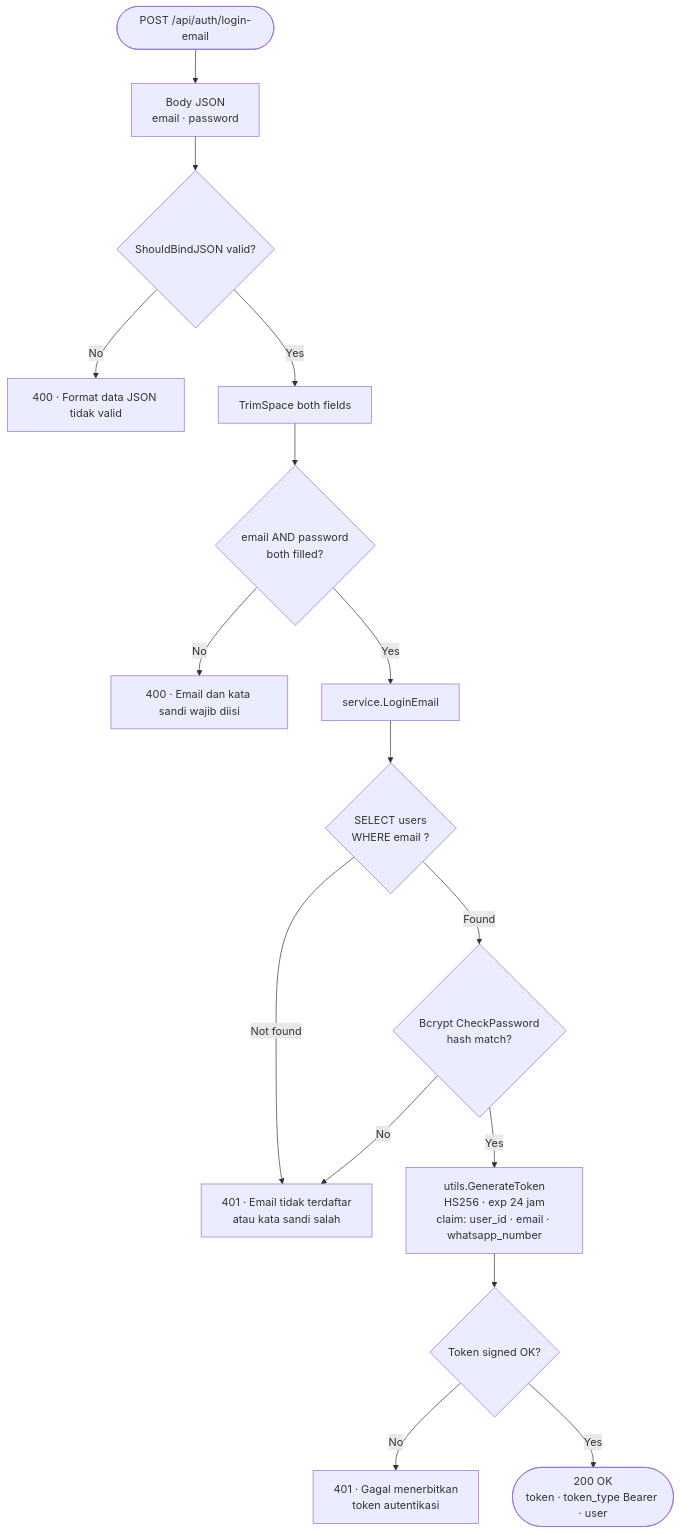
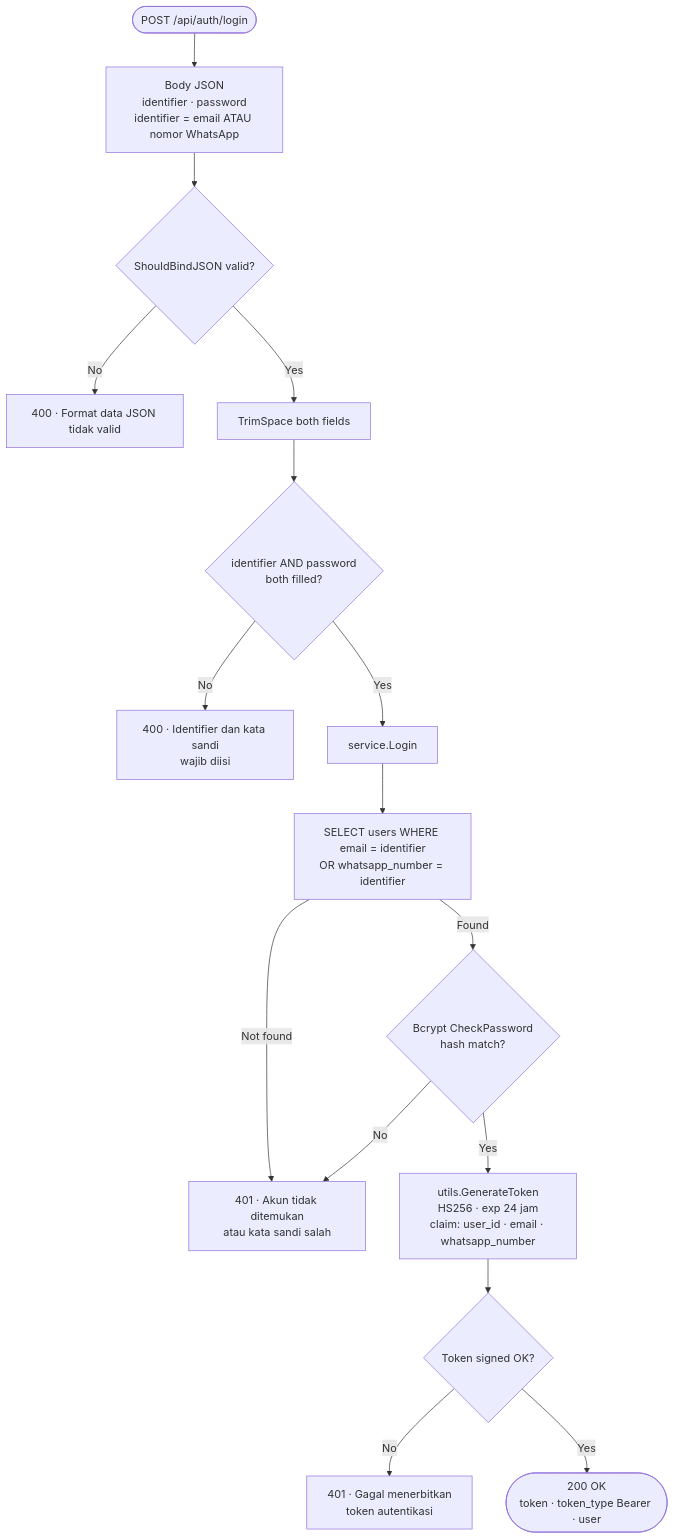
The third of 11 diagrams in README.md (sandro-rahadian/STRATEGART-TUGAS-UKL-1), drawn with Mermaid before and after one commit. The commit also changed other lines of this file and 7 other files, not shown here.

First line of the commit message:
feat(auth): merge email and WhatsApp login into a single endpoint

````diff
--- a/README.md
+++ b/README.md
@@ -188,19 +188,19 @@
 ```mermaid
 %%{init: {"theme":"default"}}%%
 flowchart TD
-    A(["POST /api/auth/login-email"]) --> B["Body JSON<br/>email · password"]
+    A(["POST /api/auth/login"]) --> B["Body JSON<br/>identifier · password<br/>identifier = email ATAU nomor WhatsApp"]
     B --> C{"ShouldBindJSON valid?"}
     C -->|No| E1["400 · Format data JSON tidak valid"]
     C -->|Yes| D["TrimSpace both fields"]
-    D --> E{"email AND password<br/>both filled?"}
-    E -->|No| E2["400 · Email dan kata sandi wajib diisi"]
-    E -->|Yes| F["service.LoginEmail"]
-    F --> G{"SELECT users<br/>WHERE email ?"}
-    G -->|Not found| E3["401 · Email tidak terdaftar<br/>atau kata sandi salah"]
+    D --> E{"identifier AND password<br/>both filled?"}
+    E -->|No| E2["400 · Identifier dan kata sandi<br/>wajib diisi"]
+    E -->|Yes| F["service.Login"]
+    F --> G["SELECT users WHERE email = identifier<br/>OR whatsapp_number = identifier"]
+    G -->|Not found| E3["401 · Akun tidak ditemukan<br/>atau kata sandi salah"]
     G -->|Found| H{"Bcrypt CheckPassword<br/>hash match?"}
     H -->|No| E3
     H -->|Yes| I["utils.GenerateToken<br/>HS256 · exp 24 jam<br/>claim: user_id · email · whatsapp_number"]
     I --> J{"Token signed OK?"}
     J -->|No| E4["401 · Gagal menerbitkan<br/>token autentikasi"]
     J -->|Yes| K(["200 OK<br/>token · token_type Bearer · user"])
 ```
````
